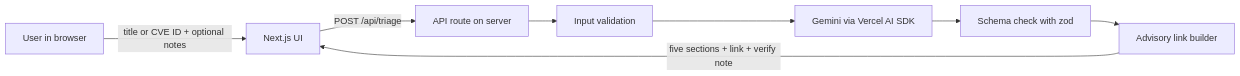
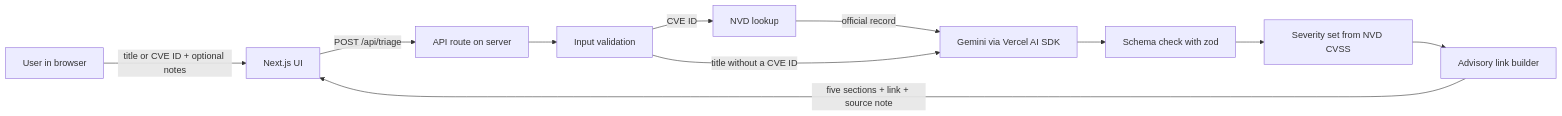
Before and after one commit to gotingalawrence-sys/vuln-triage-assistant: the first of 2 diagrams in architecture.md, drawn with Mermaid. The commit also changed other lines of this file and 2 other files, not shown here.

Commit message:
docs: update spec, architecture, and README for NVD grounding

````diff
--- a/architecture.md
+++ b/architecture.md
@@ -7,10 +7,13 @@
 ```mermaid
 flowchart LR
     U[User in browser] -->|title or CVE ID + optional notes| UI[Next.js UI]
     UI -->|POST /api/triage| API[API route on server]
     API --> V[Input validation]
-    V --> AI[Gemini via Vercel AI SDK]
+    V -->|CVE ID| N[NVD lookup]
+    N -->|official record| AI[Gemini via Vercel AI SDK]
+    V -->|title without a CVE ID| AI
     AI --> S[Schema check with zod]
-    S --> L[Advisory link builder]
-    L -->|five sections + link + verify note| UI
+    S --> SV[Severity set from NVD CVSS]
+    SV --> L[Advisory link builder]
+    L -->|five sections + link + source note| UI
 ```
````
